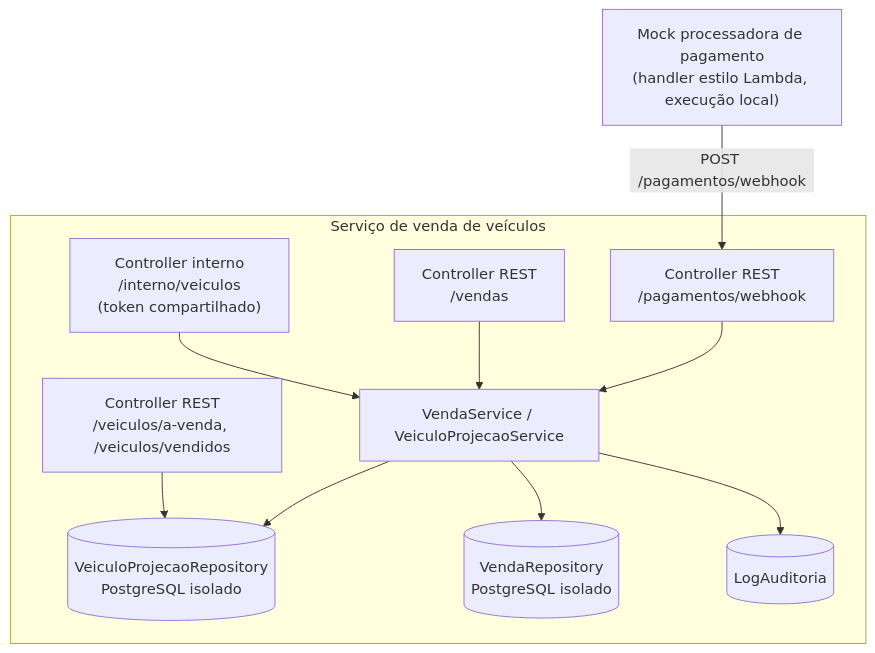
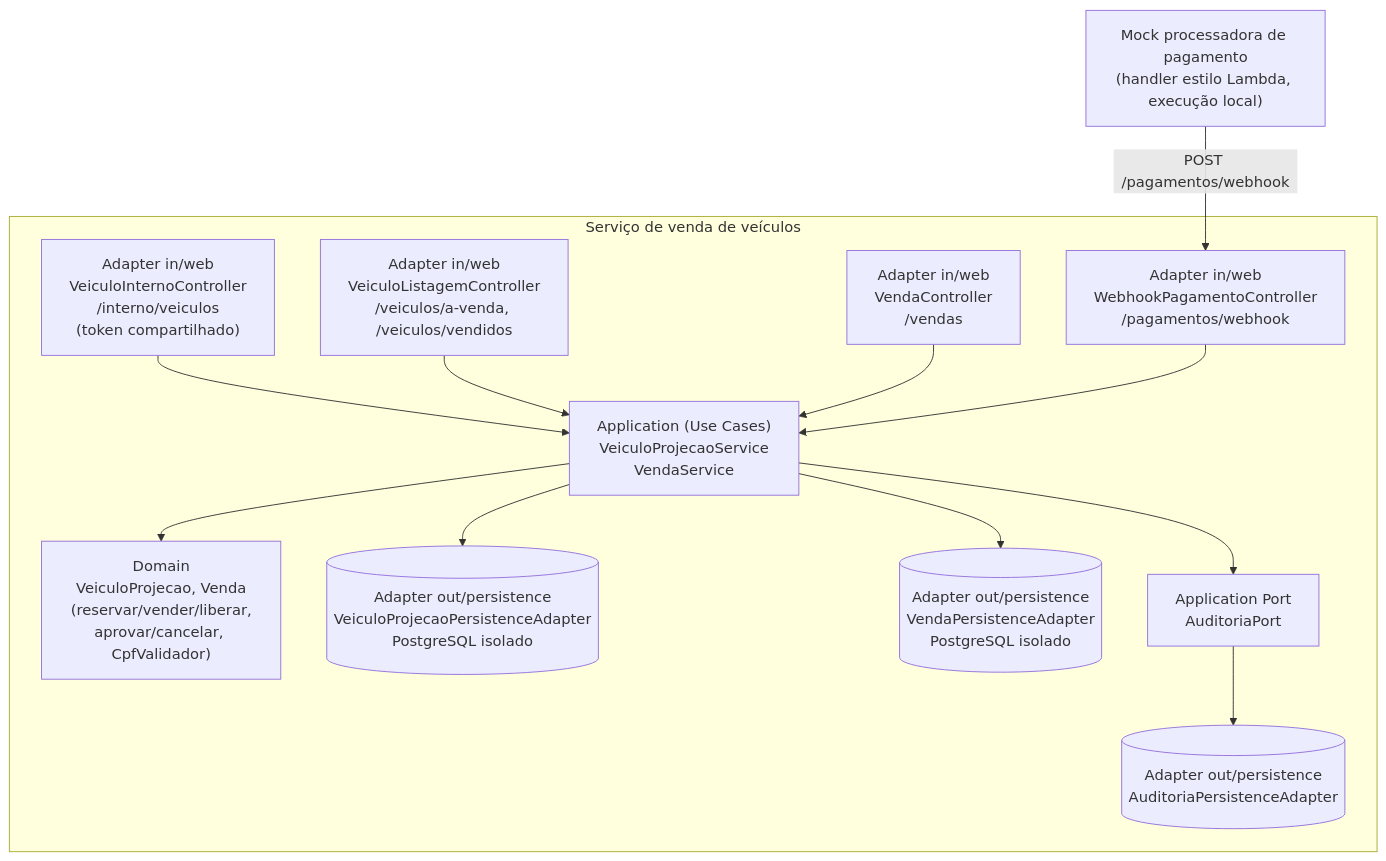
One commit to jreigeVic/venda-veiculos-service changed the third of 5 diagrams in docs/hld.md. Above: the diagram before and after it, drawn with Mermaid. The commit also changed other lines of this file and 2 other files, not shown here.

First line of the commit message:
docs: update architecture documentation for hexagonal refactor

````diff
--- a/docs/hld.md
+++ b/docs/hld.md
@@ -50,22 +64,27 @@
 ```mermaid
 flowchart TB
     subgraph "Serviço de venda de veículos"
-        INT["Controller interno<br/>/interno/veiculos<br/>(token compartilhado)"]
-        LIST["Controller REST<br/>/veiculos/a-venda, /veiculos/vendidos"]
-        VENDA_C["Controller REST<br/>/vendas"]
-        HOOK["Controller REST<br/>/pagamentos/webhook"]
-        SVC2["VendaService / VeiculoProjecaoService"]
-        REPO2[("VeiculoProjecaoRepository<br/>PostgreSQL isolado")]
-        REPO3[("VendaRepository<br/>PostgreSQL isolado")]
-        LOG2[("LogAuditoria")]
+        INT["Adapter in/web<br/>VeiculoInternoController<br/>/interno/veiculos<br/>(token compartilhado)"]
+        LIST["Adapter in/web<br/>VeiculoListagemController<br/>/veiculos/a-venda, /veiculos/vendidos"]
+        VENDA_C["Adapter in/web<br/>VendaController<br/>/vendas"]
+        HOOK["Adapter in/web<br/>WebhookPagamentoController<br/>/pagamentos/webhook"]
+        UC2["Application (Use Cases)<br/>VeiculoProjecaoService<br/>VendaService"]
+        DOM2["Domain<br/>VeiculoProjecao, Venda<br/>(reservar/vender/liberar,<br/>aprovar/cancelar, CpfValidador)"]
+        REPO2[("Adapter out/persistence<br/>VeiculoProjecaoPersistenceAdapter<br/>PostgreSQL isolado")]
+        REPO3[("Adapter out/persistence<br/>VendaPersistenceAdapter<br/>PostgreSQL isolado")]
+        AUDPORT2["Application Port<br/>AuditoriaPort"]
+        LOG2[("Adapter out/persistence<br/>AuditoriaPersistenceAdapter")]
     end
 
     MOCK["Mock processadora de pagamento<br/>(handler estilo Lambda, execução local)"]
 
-    INT --> SVC2 --> REPO2
-    LIST --> REPO2
-    VENDA_C --> SVC2 --> REPO3
-    HOOK --> SVC2
-    SVC2 --> LOG2
+    INT --> UC2
+    LIST --> UC2
+    VENDA_C --> UC2
+    HOOK --> UC2
+    UC2 --> DOM2
+    UC2 --> REPO2
+    UC2 --> REPO3
+    UC2 --> AUDPORT2 --> LOG2
     MOCK -->|POST /pagamentos/webhook| HOOK
 ```
````
